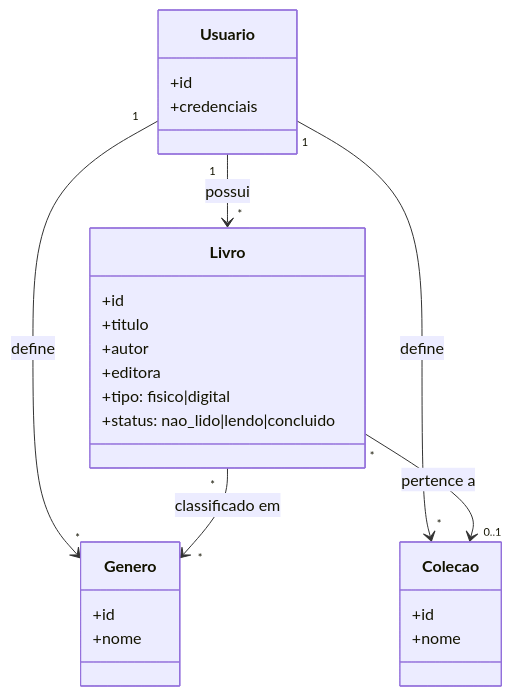
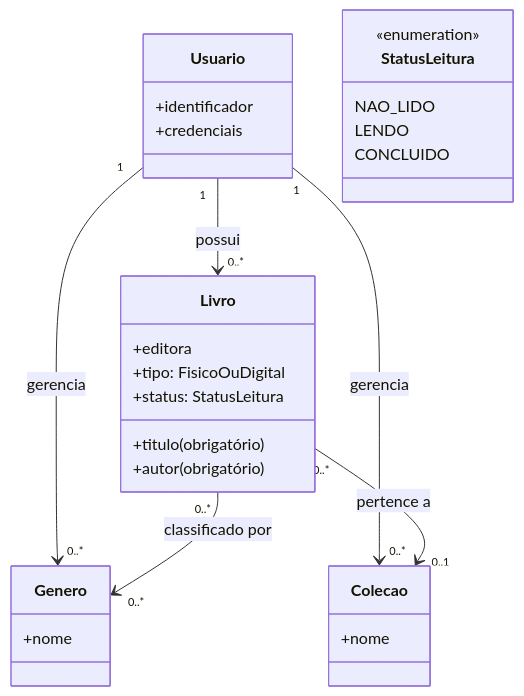
Before and after one commit to PDC-ESIA/AI4ES: the third of 3 diagrams in docs/Time_2_Design/analise-qualitativa/outputs/relatorio_claude_fable_5_P04.md, drawn with Mermaid. The commit also changed other lines of this file and 107 other files, not shown here.

````diff
--- a/docs/Time_2_Design/analise-qualitativa/outputs/relatorio_claude_fable_5_P04.md
+++ b/docs/Time_2_Design/analise-qualitativa/outputs/relatorio_claude_fable_5_P04.md
@@ -92,28 +92,31 @@
 ```mermaid
 classDiagram
     class Usuario {
-        +id
+        +identificador
         +credenciais
     }
     class Livro {
-        +id
-        +titulo
-        +autor
+        +titulo (obrigatório)
+        +autor (obrigatório)
         +editora
-        +tipo: fisico|digital
-        +status: nao_lido|lendo|concluido
+        +tipo: FisicoOuDigital
+        +status: StatusLeitura
     }
     class Genero {
-        +id
         +nome
     }
     class Colecao {
-        +id
         +nome
     }
-    Usuario "1" --> "*" Livro : possui
-    Usuario "1" --> "*" Genero : define
-    Usuario "1" --> "*" Colecao : define
-    Livro "*" --> "*" Genero : classificado em
-    Livro "*" --> "0..1" Colecao : pertence a
+    class StatusLeitura {
+        <<enumeration>>
+        NAO_LIDO
+        LENDO
+        CONCLUIDO
+    }
+    Usuario "1" --> "0..*" Livro : possui
+    Usuario "1" --> "0..*" Genero : gerencia
+    Usuario "1" --> "0..*" Colecao : gerencia
+    Livro "0..*" --> "0..*" Genero : classificado por
+    Livro "0..*" --> "0..1" Colecao : pertence a
 ```
````
